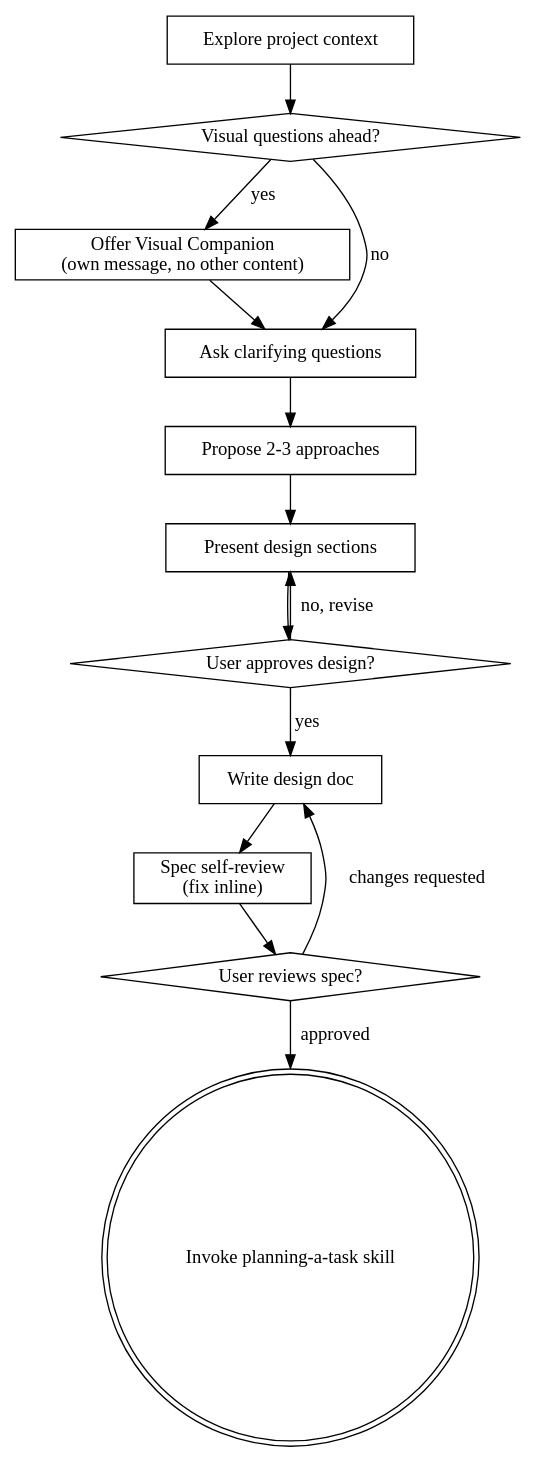
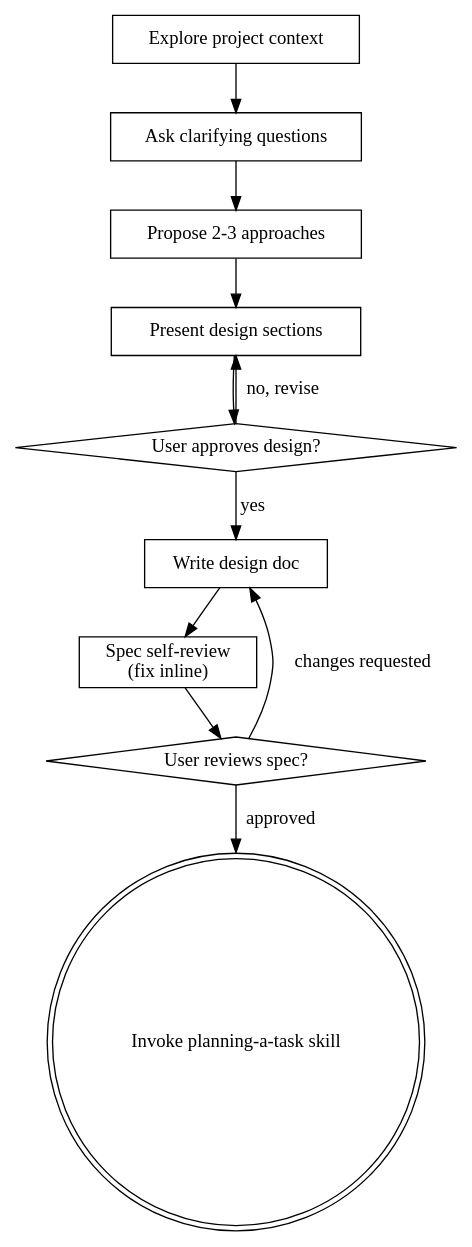
The diagram in plugins/vivflow/skills/brainstorming/SKILL.md (vivshaw/loam), drawn with Graphviz before and after one commit. The commit also changed other lines of this file and 6 other files, not shown here.

Commit message:
chore(vivflow:brainstorming): remove visual companion

````diff
--- a/plugins/vivflow/skills/brainstorming/SKILL.md
+++ b/plugins/vivflow/skills/brainstorming/SKILL.md
@@ -36,29 +35,24 @@
 ```dot
 digraph brainstorming {
     "Explore project context" [shape=box];
-    "Visual questions ahead?" [shape=diamond];
-    "Offer Visual Companion\n(own message, no other content)" [shape=box];
     "Ask clarifying questions" [shape=box];
     "Propose 2-3 approaches" [shape=box];
     "Present design sections" [shape=box];
     "User approves design?" [shape=diamond];
     "Write design doc" [shape=box];
     "Spec self-review\n(fix inline)" [shape=box];
     "User reviews spec?" [shape=diamond];
     "Invoke planning-a-task skill" [shape=doublecircle];
 
-    "Explore project context" -> "Visual questions ahead?";
-    "Visual questions ahead?" -> "Offer Visual Companion\n(own message, no other content)" [label="yes"];
-    "Visual questions ahead?" -> "Ask clarifying questions" [label="no"];
-    "Offer Visual Companion\n(own message, no other content)" -> "Ask clarifying questions";
+    "Explore project context" -> "Ask clarifying questions";
     "Ask clarifying questions" -> "Propose 2-3 approaches";
     "Propose 2-3 approaches" -> "Present design sections";
     "Present design sections" -> "User approves design?";
     "User approves design?" -> "Present design sections" [label="no, revise"];
     "User approves design?" -> "Write design doc" [label="yes"];
     "Write design doc" -> "Spec self-review\n(fix inline)";
     "Spec self-review\n(fix inline)" -> "User reviews spec?";
     "User reviews spec?" -> "Write design doc" [label="changes requested"];
     "User reviews spec?" -> "Invoke planning-a-task skill" [label="approved"];
 }
 ```
````
